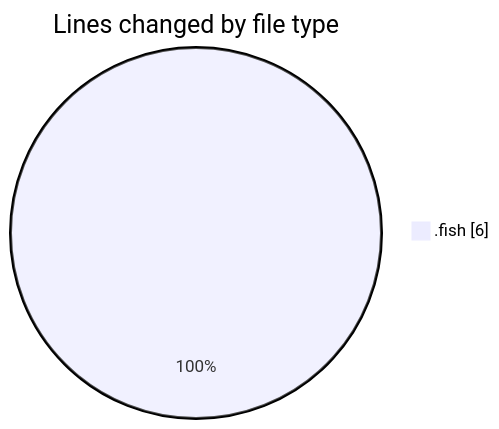
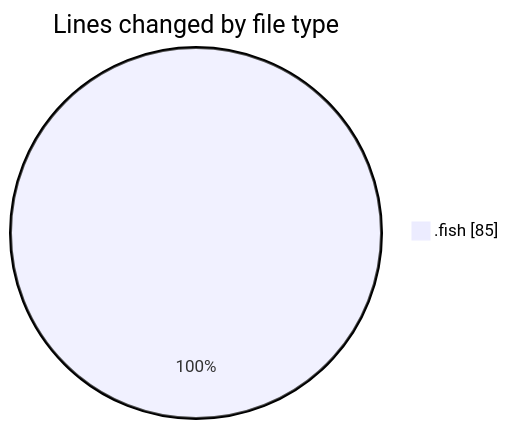
The first of 2 diagrams in 2025-08-07/fish/README.md (EIIisD/code-tracking), drawn with Mermaid before and after one commit. The commit also changed other lines of this file and 1 other file, not shown here.

````diff
--- a/2025-08-07/fish/README.md
+++ b/2025-08-07/fish/README.md
@@ -20,5 +20,5 @@
 ```mermaid
 pie showData
 title Lines changed by file type
-".fish" : 6
+".fish" : 85
 ```
````
